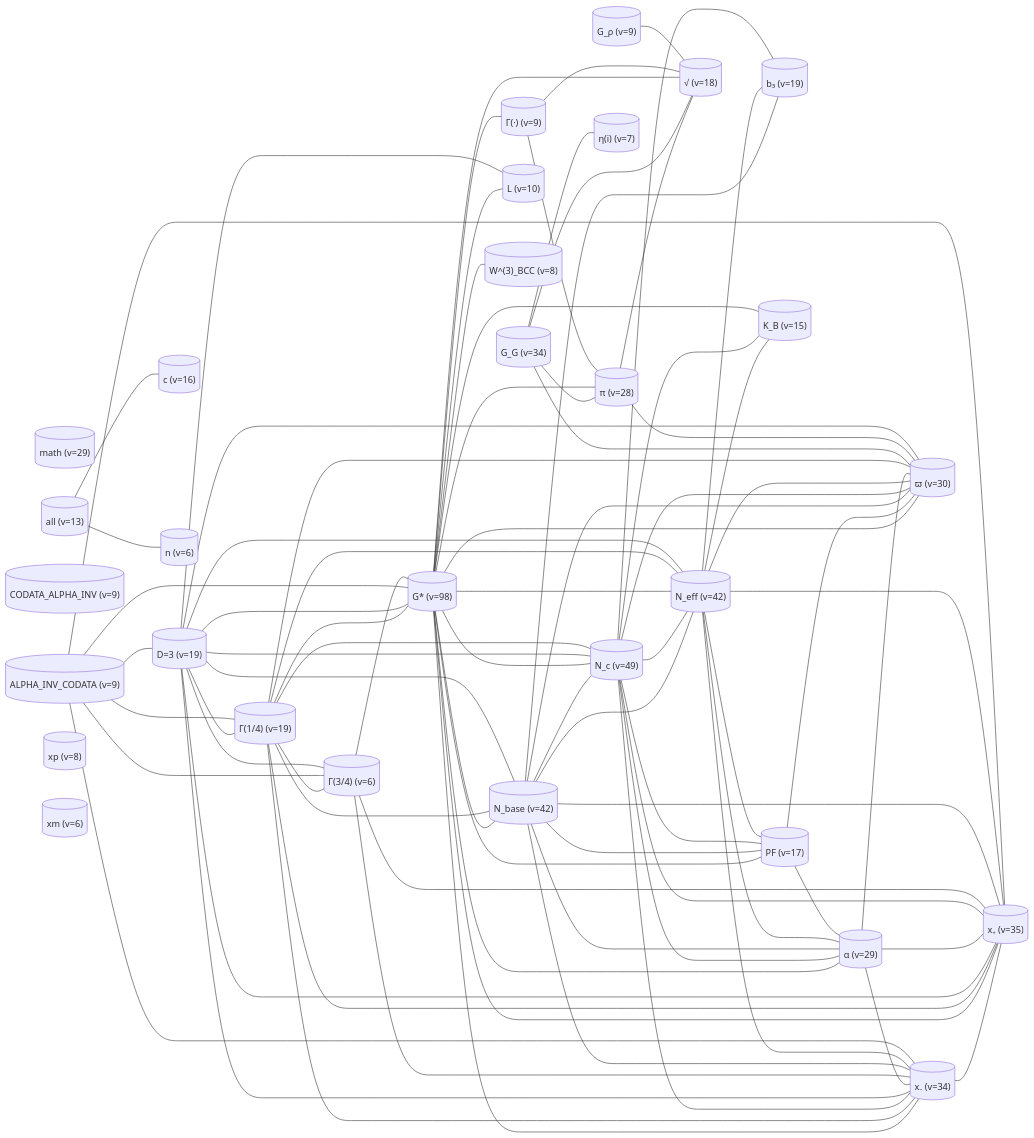
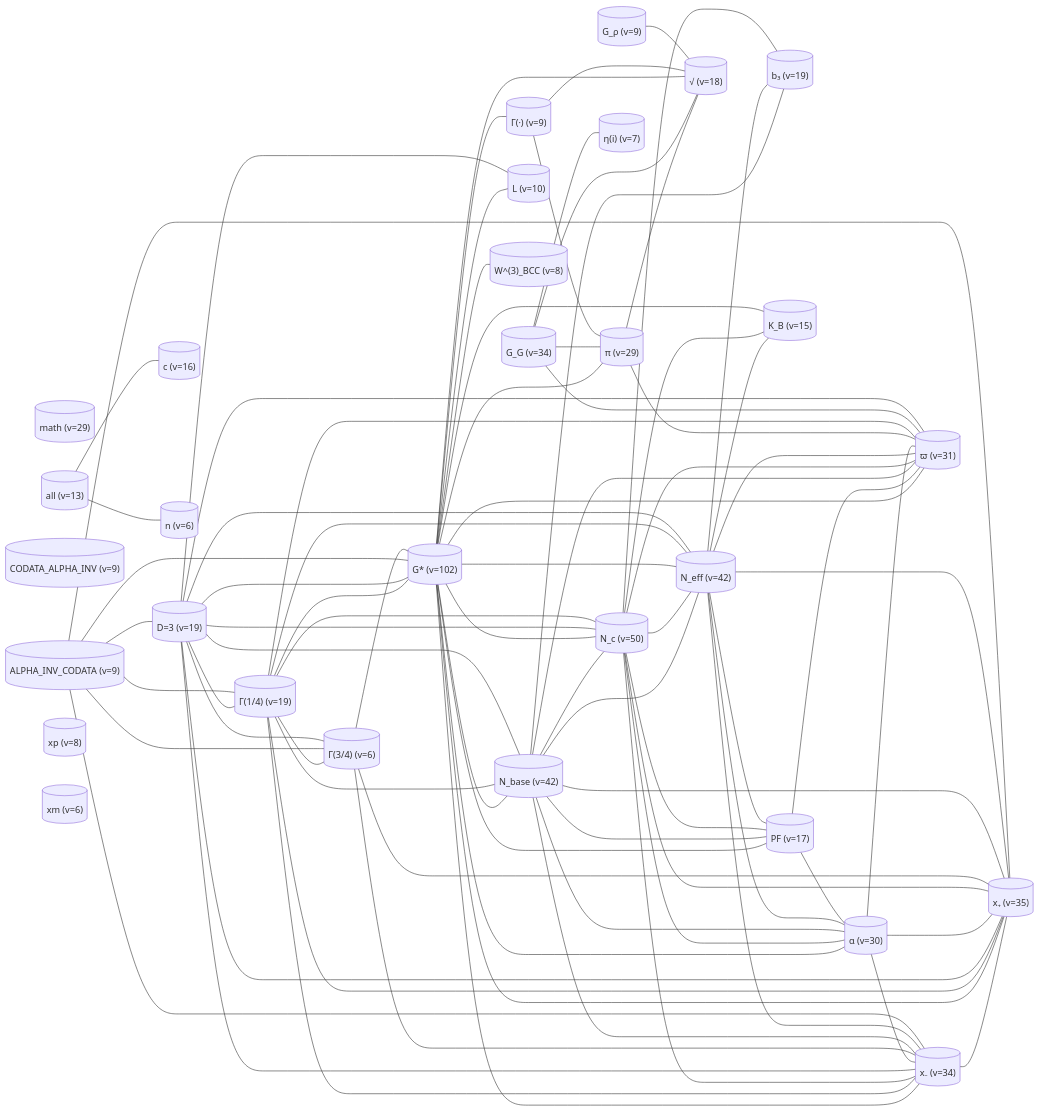
Diagram 16 of 16 in docs/theory/09_mathematical/NODE_MAP_FTD_MATH.md (cpaci-tani/Foundational-Ternary-Dynamics), drawn with Mermaid before and after one commit. The commit also changed other lines of this file and 1 other file, not shown here.

````diff
--- a/docs/theory/09_mathematical/NODE_MAP_FTD_MATH.md
+++ b/docs/theory/09_mathematical/NODE_MAP_FTD_MATH.md
@@ -705,16 +849,16 @@
 ```mermaid
 graph LR
-    Gstar[("G* (v=98)")]
-    N_c[("N_c (v=49)")]
+    Gstar[("G* (v=102)")]
+    N_c[("N_c (v=50)")]
     N_base[("N_base (v=42)")]
     N_eff[("N_eff (v=42)")]
     x_plus[("x₊ (v=35)")]
     G_G[("G_G (v=34)")]
     x_minus[("x₋ (v=34)")]
-    varpi[("ϖ (v=30)")]
-    alpha[("α (v=29)")]
+    varpi[("ϖ (v=31)")]
+    alpha[("α (v=30)")]
+    pi[("π (v=29)")]
     math[("math (v=29)")]
-    pi[("π (v=28)")]
     b_3[("b₃ (v=19)")]
     D[("D=3 (v=19)")]
     Gamma_quarter[("Γ(1/4) (v=19)")]
@@ -741,22 +885,22 @@
     Gstar --- N_base
     N_c --- N_eff
     Gstar --- N_eff
+    Gstar --- alpha
     Gamma_quarter --- Gstar
-    Gstar --- alpha
+    N_c --- alpha
     Gstar --- x_minus
     Gstar --- x_plus
-    N_c --- alpha
     N_base --- alpha
+    Gstar --- varpi
     N_eff --- alpha
-    Gstar --- varpi
     pi --- sqrt
     Gstar --- PF
     D --- Gstar
+    Gstar --- pi
     N_base --- PF
     N_c --- PF
     N_eff --- PF
     G_G --- pi
-    Gstar --- pi
     PF --- varpi
     Gamma_quarter --- x_minus
     Gamma_quarter --- x_plus
@@ -785,6 +929,7 @@
     Gamma_quarter --- N_c
     Gamma_quarter --- N_eff
     Gstar --- sqrt
+    pi --- varpi
     gamma_fn --- sqrt
     Gstar --- gamma_fn
     N_eff --- k_B
@@ -794,7 +939,6 @@
     Gamma_quarter --- varpi
     Gstar --- L
     G_G --- varpi
-    pi --- varpi
     N_c --- k_B
     all --- c_speed
     Gstar --- W3
````
